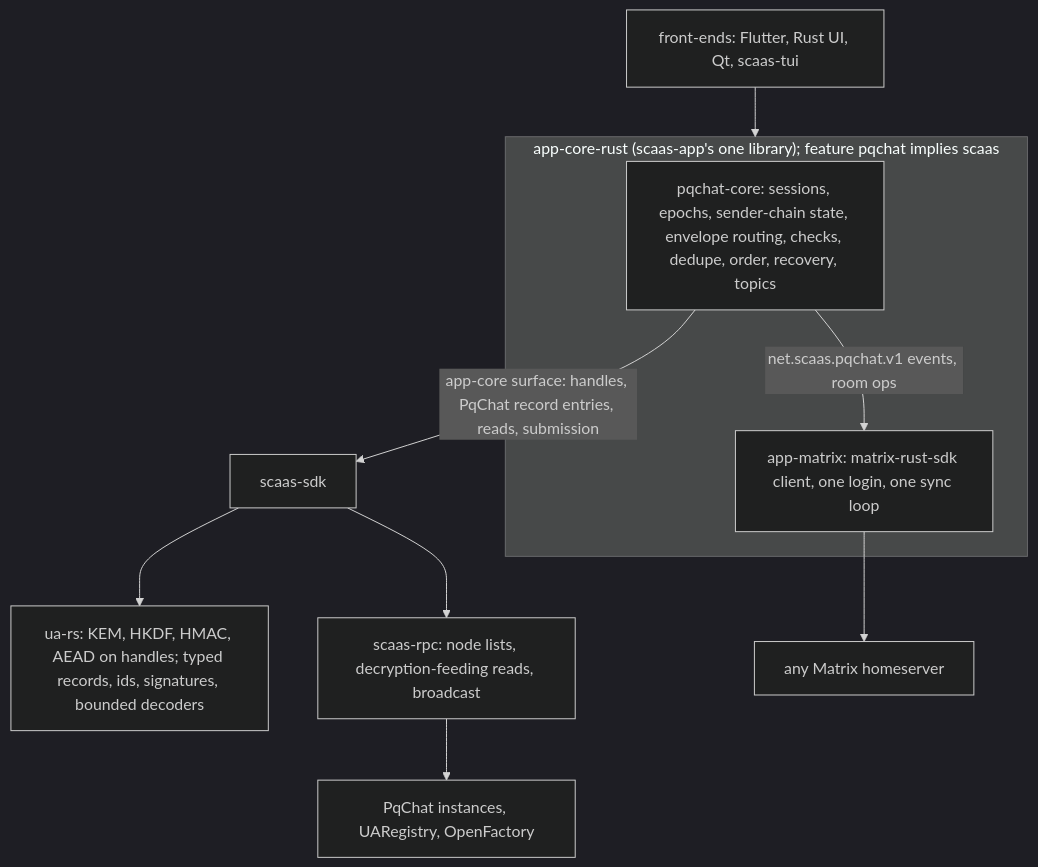
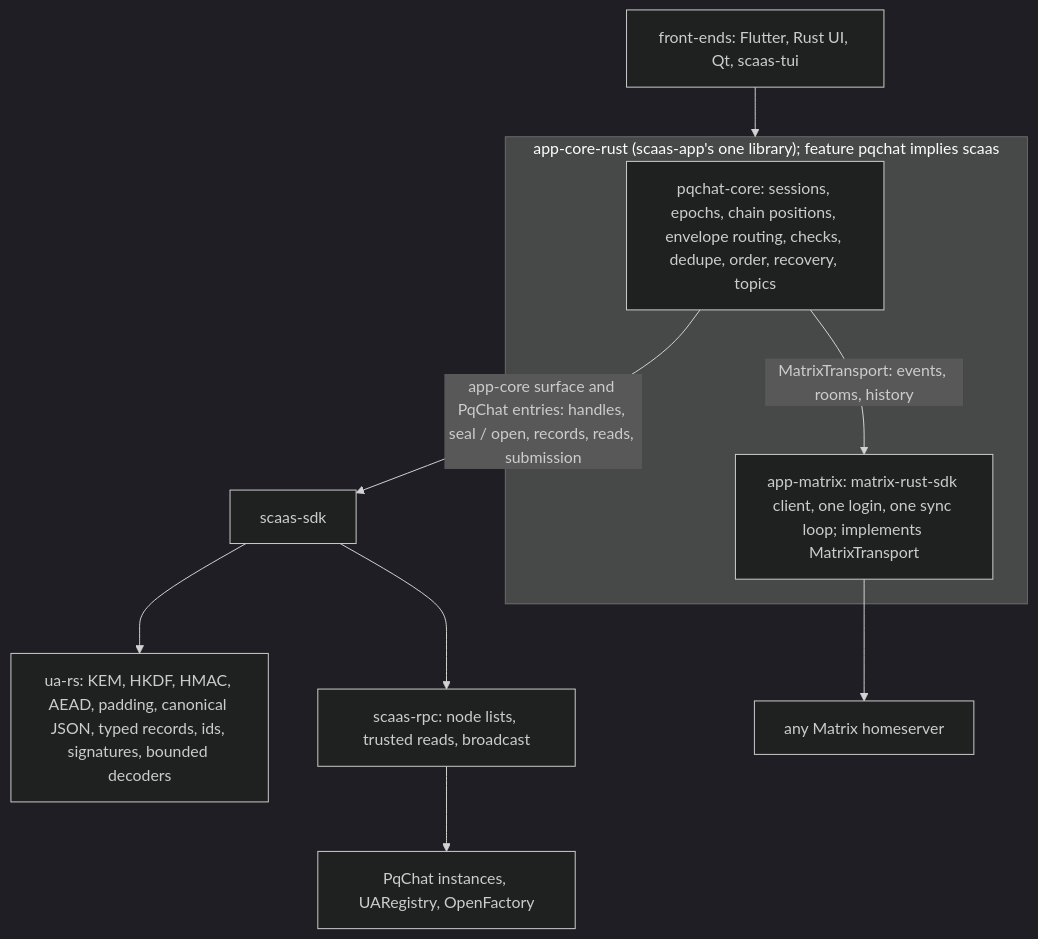
One commit to dinhduongha/scaas changed the first of 2 diagrams in docs/superpowers/specs/2026-11-17-pqchat-core.md. Above: the diagram before and after it, drawn with Mermaid (dark theme). The commit also changed other lines of this file and 4 other files, not shown here.

First line of the commit message:
docs: pqchat-core revision 2, Fable's review applied (K1-K31, I1-I4)

````diff
--- a/docs/superpowers/specs/2026-11-17-pqchat-core.md
+++ b/docs/superpowers/specs/2026-11-17-pqchat-core.md
@@ -84,14 +95,14 @@
 ```mermaid
 flowchart TB
   FE["front-ends: Flutter, Rust UI, Qt, scaas-tui"] --> LIB
   subgraph LIB["app-core-rust (scaas-app's one library); feature pqchat implies scaas"]
-    PQC["pqchat-core: sessions, epochs, sender-chain state, envelope routing, checks, dedupe, order, recovery, topics"]
-    MX["app-matrix: matrix-rust-sdk client, one login, one sync loop"]
+    PQC["pqchat-core: sessions, epochs, chain positions, envelope routing, checks, dedupe, order, recovery, topics"]
+    MX["app-matrix: matrix-rust-sdk client, one login, one sync loop; implements MatrixTransport"]
   end
-  PQC -->|"net.scaas.pqchat.v1 events, room ops"| MX
-  PQC -->|"app-core surface: handles, PqChat record entries, reads, submission"| SDK["scaas-sdk"]
-  SDK --> UA["ua-rs: KEM, HKDF, HMAC, AEAD on handles; typed records, ids, signatures, bounded decoders"]
-  SDK --> RPC["scaas-rpc: node lists, decryption-feeding reads, broadcast"]
+  PQC -->|"MatrixTransport: events, rooms, history"| MX
+  PQC -->|"app-core surface and PqChat entries: handles, seal / open, records, reads, submission"| SDK["scaas-sdk"]
+  SDK --> UA["ua-rs: KEM, HKDF, HMAC, AEAD, padding, canonical JSON, typed records, ids, signatures, bounded decoders"]
+  SDK --> RPC["scaas-rpc: node lists, trusted reads, broadcast"]
   MX --> HS["any Matrix homeserver"]
   RPC --> CH["PqChat instances, UARegistry, OpenFactory"]
 ```
````
